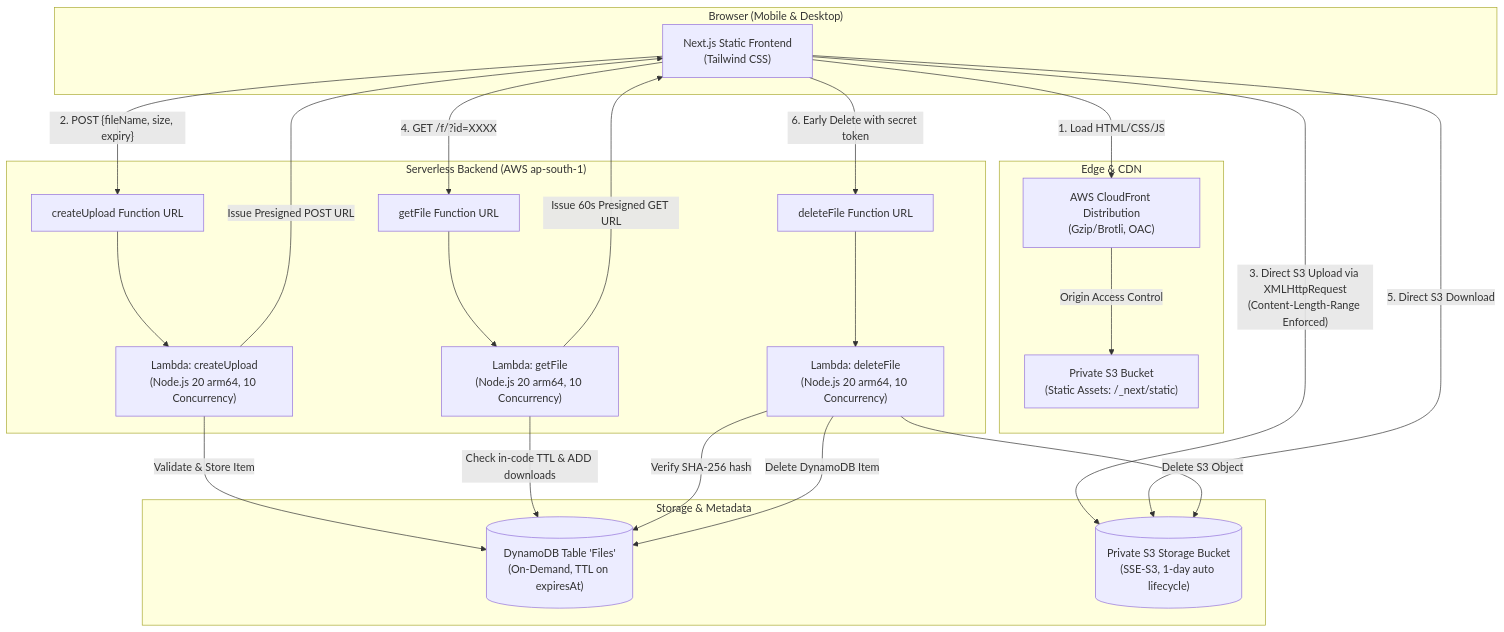
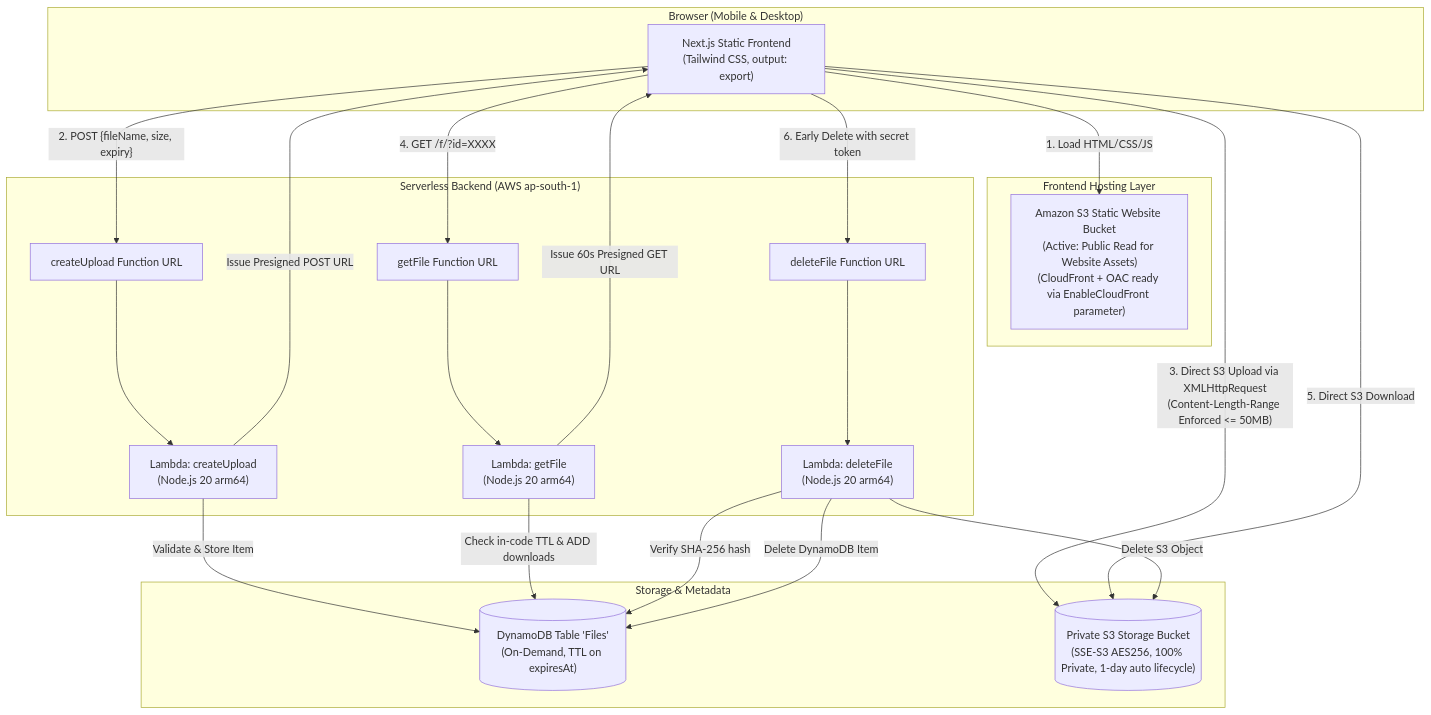
One commit to Rushikesh-Gade/dropwindow-serverless changed the diagram in README.md. Above: the diagram before and after it, drawn with Mermaid. The commit also changed other lines of this file and 2 other files, not shown here.

Commit message:
docs(readme): honestly update hosting to S3 website with optional CloudFront; fix footer text and selectable copy inputs

````diff
--- a/README.md
+++ b/README.md
@@ -21,45 +21,43 @@
 ```mermaid
 flowchart TD
     subgraph Client["Browser (Mobile & Desktop)"]
-        UI["Next.js Static Frontend\n(Tailwind CSS)"]
+        UI["Next.js Static Frontend\n(Tailwind CSS, output: export)"]
     end
 
-    subgraph CDN["Edge & CDN"]
-        CF["AWS CloudFront Distribution\n(Gzip/Brotli, OAC)"]
-        S3Front["Private S3 Bucket\n(Static Assets: /_next/static)"]
+    subgraph HostingPlane["Frontend Hosting Layer"]
+        S3Front["Amazon S3 Static Website Bucket\n(Active: Public Read for Website Assets)\n(CloudFront + OAC ready via EnableCloudFront parameter)"]
     end
 
     subgraph ServerlessBackend["Serverless Backend (AWS ap-south-1)"]
         FURL_UP["createUpload Function URL"]
         FURL_GET["getFile Function URL"]
         FURL_DEL["deleteFile Function URL"]
         
-        Lambda_UP["Lambda: createUpload\n(Node.js 20 arm64, 10 Concurrency)"]
-        Lambda_GET["Lambda: getFile\n(Node.js 20 arm64, 10 Concurrency)"]
-        Lambda_DEL["Lambda: deleteFile\n(Node.js 20 arm64, 10 Concurrency)"]
+        Lambda_UP["Lambda: createUpload\n(Node.js 20 arm64)"]
+        Lambda_GET["Lambda: getFile\n(Node.js 20 arm64)"]
+        Lambda_DEL["Lambda: deleteFile\n(Node.js 20 arm64)"]
     end
 
     subgraph DataPlane["Storage & Metadata"]
         DDB[("DynamoDB Table 'Files'\n(On-Demand, TTL on expiresAt)")]
-        S3Data[("Private S3 Storage Bucket\n(SSE-S3, 1-day auto lifecycle)")]
+        S3Data[("Private S3 Storage Bucket\n(SSE-S3 AES256, 100% Private, 1-day auto lifecycle)")]
     end
 
-    UI -->|"1. Load HTML/CSS/JS"| CF
-    CF -->|"Origin Access Control"| S3Front
+    UI -->|"1. Load HTML/CSS/JS"| S3Front
     
     UI -->|"2. POST {fileName, size, expiry}"| FURL_UP --> Lambda_UP
     Lambda_UP -->|"Validate & Store Item"| DDB
     Lambda_UP -->|"Issue Presigned POST URL"| UI
     
-    UI -->|"3. Direct S3 Upload via XMLHttpRequest\n(Content-Length-Range Enforced)"| S3Data
+    UI -->|"3. Direct S3 Upload via XMLHttpRequest\n(Content-Length-Range Enforced <= 50MB)"| S3Data
 
     UI -->|"4. GET /f/?id=XXXX"| FURL_GET --> Lambda_GET
     Lambda_GET -->|"Check in-code TTL & ADD downloads"| DDB
     Lambda_GET -->|"Issue 60s Presigned GET URL"| UI
     UI -->|"5. Direct S3 Download"| S3Data
 
     UI -->|"6. Early Delete with secret token"| FURL_DEL --> Lambda_DEL
     Lambda_DEL -->|"Verify SHA-256 hash"| DDB
     Lambda_DEL -->|"Delete S3 Object"| S3Data
     Lambda_DEL -->|"Delete DynamoDB Item"| DDB
 ```
````
